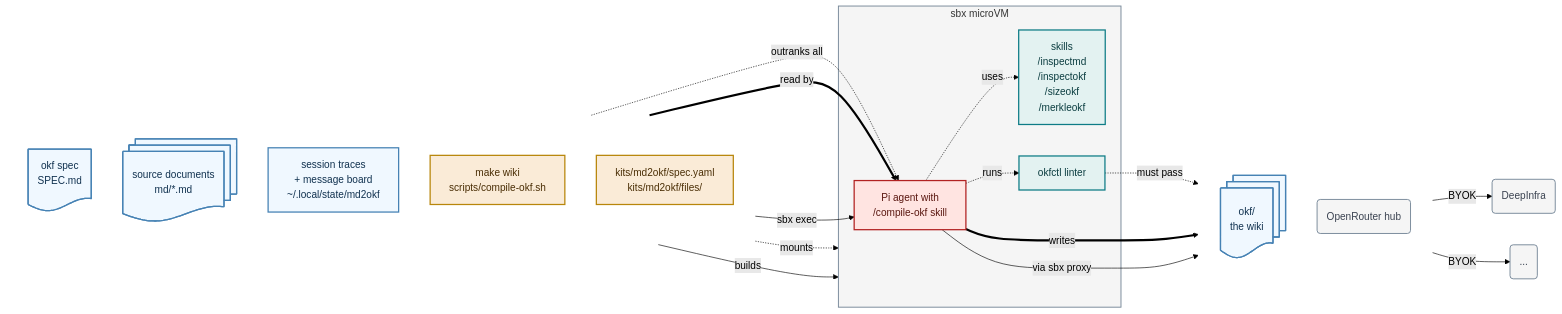
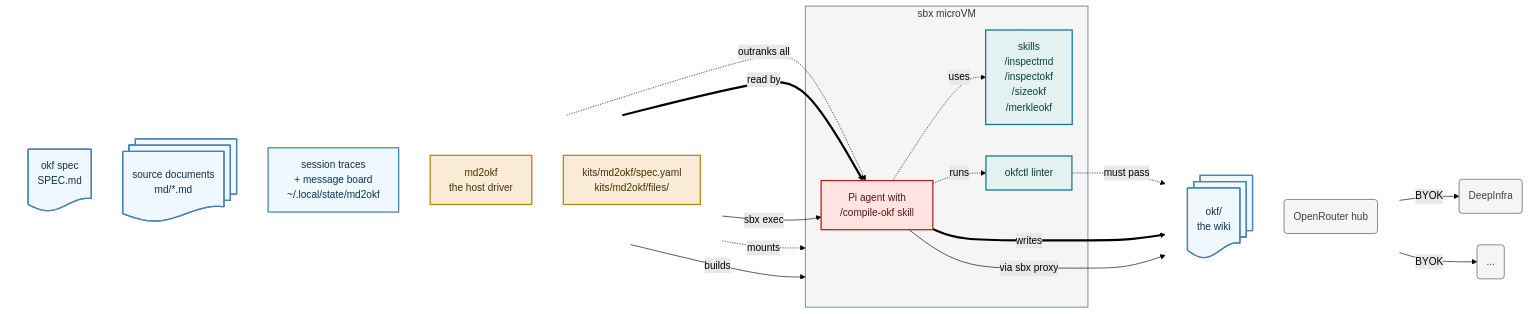
One commit to lars20070/md2okf changed the diagram in README.md. Above: the diagram before and after it, drawn with Mermaid (forest theme). The commit also changed other lines of this file and 19 other files, not shown here.

````diff
--- a/README.md
+++ b/README.md
@@ -23,52 +24,52 @@
 ```mermaid
 flowchart LR
   subgraph IN[" "]
     direction TB
     SPEC@{ shape: doc, label: "okf spec<br>SPEC.md"}
     MD@{ shape: docs, label: "source documents<br>md/*.md"}
     STATE["session traces<br> + message board<br/>~/.local/state/md2okf"]
-    DRV["make wiki<br/>scripts/compile-okf.sh"]
+    DRV["md2okf<br/>the host driver"]
     KIT["kits/md2okf/spec.yaml<br/>kits/md2okf/files/"]
   end
 
   subgraph VM["sbx microVM"]
     PI["Pi agent with<br/>/compile-okf skill"]
     TOOLS["skills<br>/inspectmd<br/>/inspectokf<br/>/sizeokf<br/>/merkleokf"]
     LINT["okfctl linter"]
   end
 
   subgraph OUT[" "]
     direction TB
     OKF@{ shape: docs, label: "okf/<br/>the wiki"}
     NET("OpenRouter hub")
   end
   NET1("DeepInfra")
   NET2("...")
 
   SPEC -.->|"outranks all"| PI
   MD ==>|"read by"| PI
   STATE -.->|"mounts"| VM
   STATE ~~~ PI
   DRV -->|"sbx exec"| PI
   KIT -->|"builds"| VM
   PI -.->|"uses"| TOOLS
   PI -.->|"runs"| LINT
   LINT -.->|"must pass"| OKF
   PI ==>|"writes"| OKF
   PI -->|"via sbx proxy"| NET
   NET -->|"BYOK"| NET1 & NET2
 
   classDef data    fill:aliceblue,stroke:steelblue,stroke-width:2px,color:#10314F
   classDef host    fill:antiquewhite,stroke:darkgoldenrod,stroke-width:2px,color:#4A2E05
   classDef helper  fill:#E3F2F1,stroke:#0E7C86,stroke-width:2px,color:#0B3D40
   classDef agent   fill:mistyrose,stroke:firebrick,stroke-width:2px,color:#5A1710
   classDef ext     fill:whitesmoke,stroke:lightslategray,stroke-width:1.5px,color:#3A4250
   class MD,SPEC,STATE,OKF data
   class KIT,DRV host
   class TOOLS,LINT helper
   class PI agent
   class NET,NET1,NET2 ext
   style VM fill:whitesmoke,stroke:lightslategray,stroke-width:1.5px
   style IN fill:none,stroke:none
   style OUT fill:none,stroke:none
 ```
````
